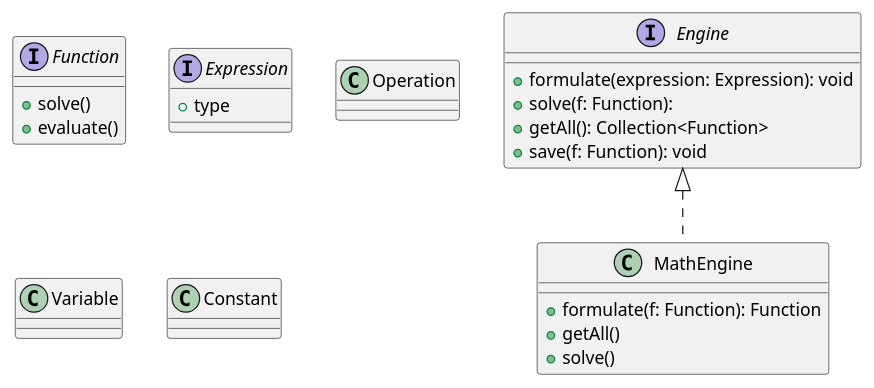
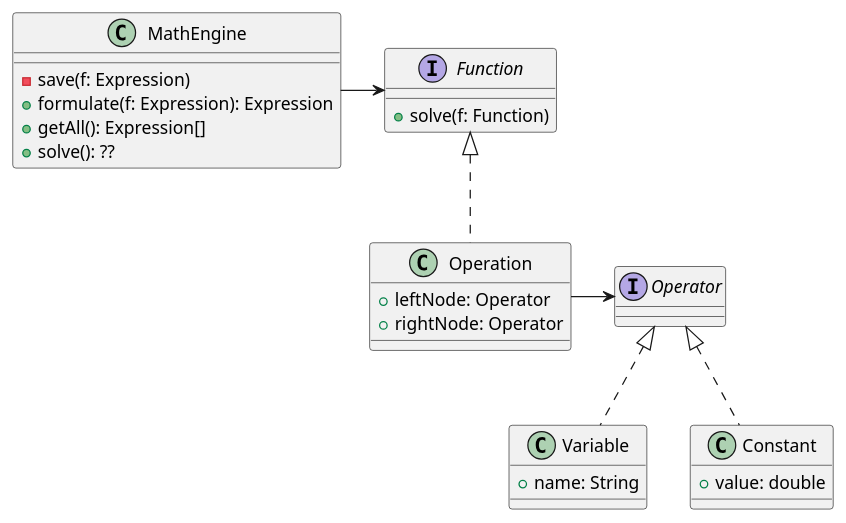
Before and after one commit to austral-ingsis-classroom/formula-template: the diagram in diagrams/solution.puml, drawn with PlantUML. The commit also changed 7 other files, not shown here.

```diff
--- a/diagrams/solution.puml
+++ b/diagrams/solution.puml
@@ -1,34 +1,33 @@
 @startuml
 'https://plantuml.com/class-diagram
 
-interface Engine {
-  + formulate(expression: Expression): void
-  + solve(f: Function):
-  + getAll(): Collection<Function>
-  + save(f: Function): void
-}
-
-class MathEngine implements Engine {
-  + formulate(f: Function): Function
-  + getAll()
-  + solve()
+class MathEngine {
+  - save(f: Expression)
+  + formulate(f: Expression): Expression
+  + getAll(): Expression[]
+  + solve(): ??
 }
 
 interface Function {
-  + solve()
-  + evaluate()
+  + solve(f: Function)
 }
 
-interface Expression {
-  + type
+class Operation implements Function {
+  + leftNode: Operator
+  + rightNode: Operator
 }
 
-class Operation
+interface Operator
 
+class Variable implements Operator {
+  + name: String
+}
 
-class Variable
-class Constant
+class Constant implements Operator {
+  + value: double
+}
 
-class Operation
+MathEngine -> Function
+Operation -> Operator
 
 @enduml
```
